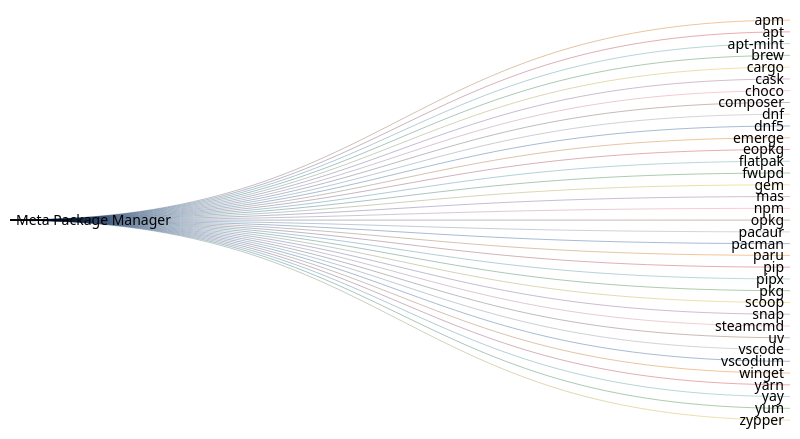
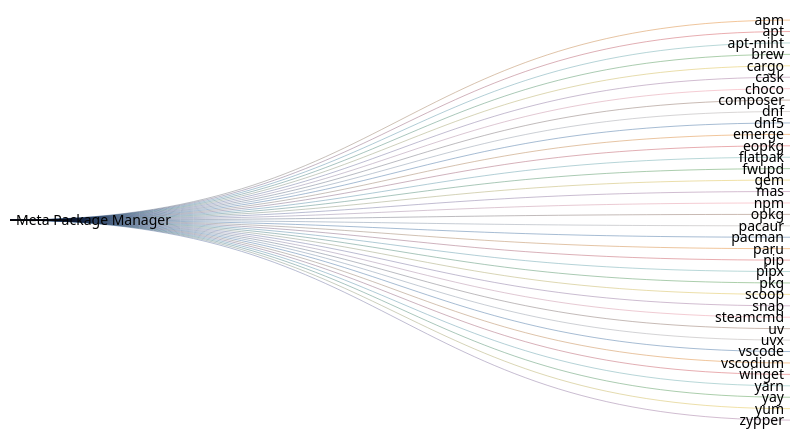
The diagram in readme.md (kdeldycke/meta-package-manager), drawn with Mermaid (neutral theme) before and after one commit. The commit also changed other lines of this file and 2 other files, not shown here.

````diff
--- a/readme.md
+++ b/readme.md
@@ -63,42 +63,43 @@
 ```mermaid
 ---
 config: {"sankey": {"showValues": false, "width": 800, "height": 400}}
 ---
 sankey-beta
 
 Meta Package Manager,apm,1
 Meta Package Manager,apt,1
 Meta Package Manager,apt-mint,1
 Meta Package Manager,brew,1
 Meta Package Manager,cargo,1
 Meta Package Manager,cask,1
 Meta Package Manager,choco,1
 Meta Package Manager,composer,1
 Meta Package Manager,dnf,1
 Meta Package Manager,dnf5,1
 Meta Package Manager,emerge,1
 Meta Package Manager,eopkg,1
 Meta Package Manager,flatpak,1
 Meta Package Manager,fwupd,1
 Meta Package Manager,gem,1
 Meta Package Manager,mas,1
 Meta Package Manager,npm,1
 Meta Package Manager,opkg,1
 Meta Package Manager,pacaur,1
 Meta Package Manager,pacman,1
 Meta Package Manager,paru,1
 Meta Package Manager,pip,1
 Meta Package Manager,pipx,1
 Meta Package Manager,pkg,1
 Meta Package Manager,scoop,1
 Meta Package Manager,snap,1
 Meta Package Manager,steamcmd,1
 Meta Package Manager,uv,1
+Meta Package Manager,uvx,1
 Meta Package Manager,vscode,1
 Meta Package Manager,vscodium,1
 Meta Package Manager,winget,1
 Meta Package Manager,yarn,1
 Meta Package Manager,yay,1
 Meta Package Manager,yum,1
 Meta Package Manager,zypper,1
 ```
````
